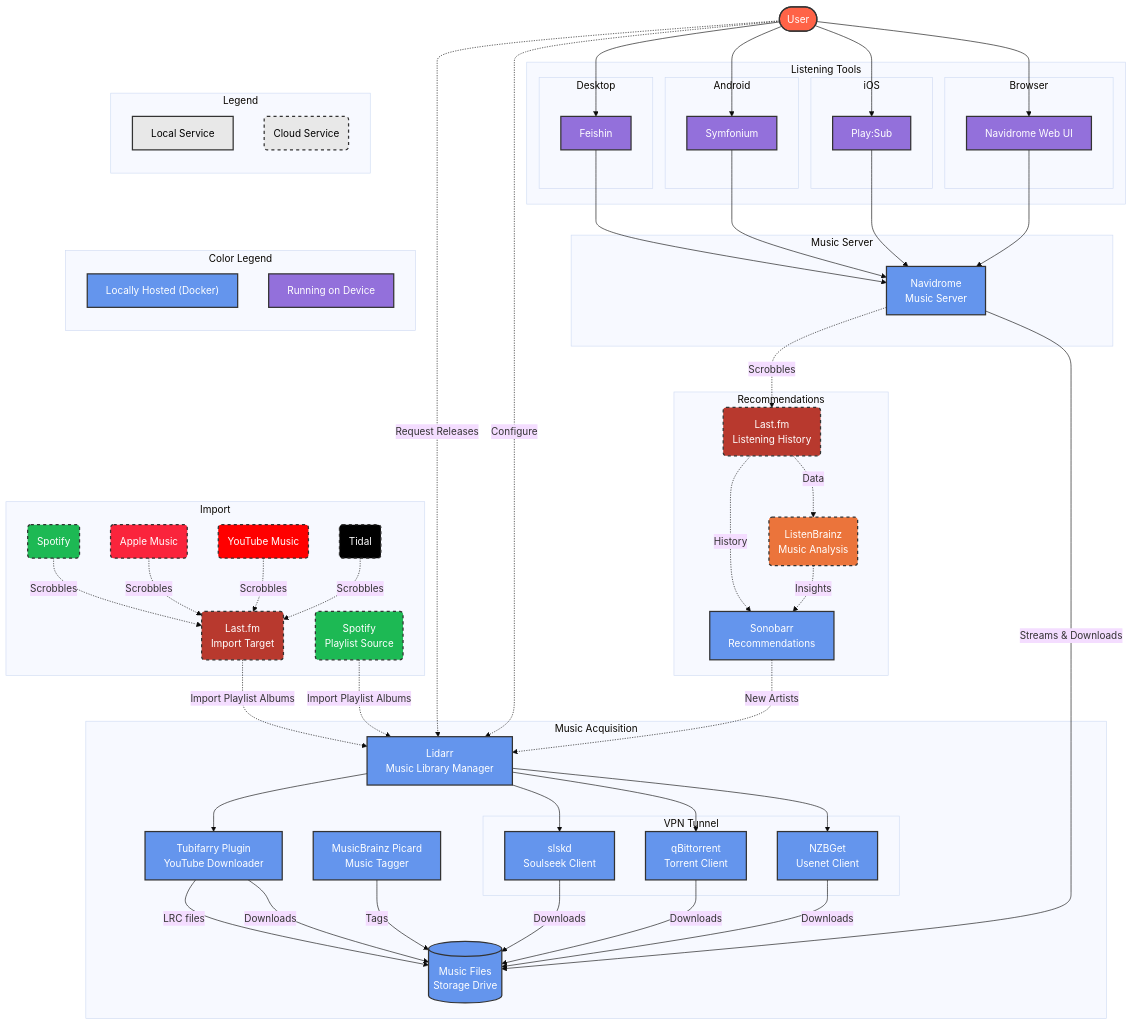
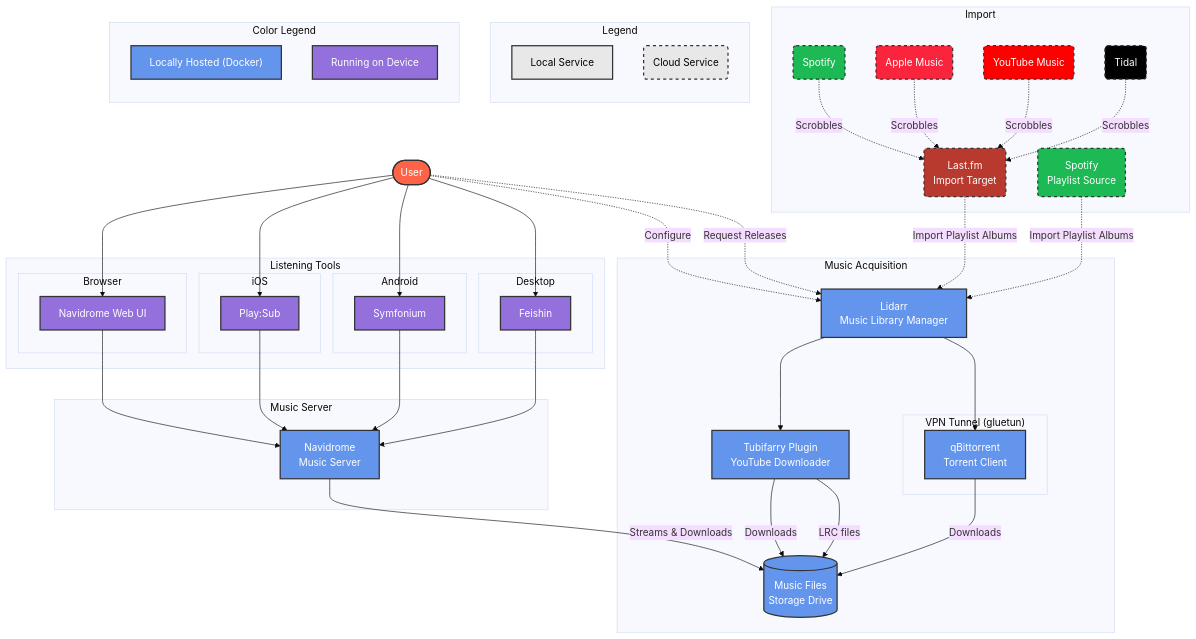
The second of 3 diagrams in README.md (minchingtonak/HaC), drawn with Mermaid (base theme) before and after one commit. The commit also changed other lines of this file, not shown here.

Commit message:
docs: add glossary and feature comparison of both music stack architectures

````diff
--- a/README.md
+++ b/README.md
@@ -287,19 +340,7 @@
 ```mermaid
 flowchart TB
-    %% Define User and Legend nodes
+    %% Define User node
     User(["User"])
-
-    subgraph Legend["Legend"]
-        direction TB
-        LocalExample["Local Service"]
-        CloudExample("Cloud Service")
-    end
-
-    subgraph ColorLegend["Color Legend"]
-        direction TB
-        LegendDocker["Locally Hosted (Docker)"]
-        LegendDevice["Running on Device"]
-    end
 
     %% Define subgraphs
     subgraph subGraph3["Listening Tools"]
@@ -321,24 +362,6 @@
         Navidrome["Navidrome<br/>Music Server"]
     end
 
-    subgraph subGraph0["Music Acquisition"]
-        Picard["MusicBrainz Picard<br/>Music Tagger"]
-        subgraph VPN["VPN Tunnel"]
-            nzbget["NZBGet<br/>Usenet Client"]
-            qbittorrent["qBittorrent<br/>Torrent Client"]
-            slskd["slskd<br/>Soulseek Client"]
-        end
-        MusicFiles[("Music Files<br/>Storage Drive")]
-        tubifarry["Tubifarry Plugin<br/>YouTube Downloader"]
-        Lidarr["Lidarr<br/>Music Library Manager"]
-    end
-
-    subgraph subGraph2["Recommendations"]
-        LastFM("Last.fm<br/>Listening History")
-        ListenBrainz("ListenBrainz<br/>Music Analysis")
-        Sonobarr["Sonobarr<br/>Recommendations"]
-    end
-
     subgraph subGraph4["Import"]
         LastFMImport("Last.fm<br/>Import Target")
         SpotifyImport("Spotify")
@@ -348,9 +371,26 @@
         SpotifyPlaylist("Spotify<br/>Playlist Source")
     end
 
-    %% Invisible connection to position Legend to the right of User
-    User ~~~ Legend
-    Legend ~~~ ColorLegend
+    subgraph subGraph0["Music Acquisition"]
+        subgraph VPN["VPN Tunnel (gluetun)"]
+            qbittorrent["qBittorrent<br/>Torrent Client"]
+        end
+        MusicFiles[("Music Files<br/>Storage Drive")]
+        tubifarry["Tubifarry Plugin<br/>YouTube Downloader"]
+        Lidarr["Lidarr<br/>Music Library Manager"]
+    end
+
+    subgraph Legend["Legend"]
+        direction TB
+        LocalExample["Local Service"]
+        CloudExample("Cloud Service")
+    end
+
+    subgraph ColorLegend["Color Legend"]
+        direction TB
+        LegendDocker["Locally Hosted (Docker)"]
+        LegendDevice["Running on Device"]
+    end
 
     %% Connections - User to Access Methods
     User --> WebUI
@@ -370,23 +410,11 @@
     Navidrome -->|Streams & Downloads| MusicFiles
 
     %% Connections - Acquisition Flow
-    Picard -->|Tags| MusicFiles
     tubifarry -->|Downloads| MusicFiles
     tubifarry -->|LRC files| MusicFiles
-    nzbget -->|Downloads| MusicFiles
     qbittorrent -->|Downloads| MusicFiles
-    slskd -->|Downloads| MusicFiles
-    Lidarr --> nzbget
     Lidarr --> qbittorrent
-    Lidarr --> slskd
     Lidarr --> tubifarry
-
-    %% Connections - External Services
-    Navidrome -.->|Scrobbles| LastFM
-    LastFM -.->|Data| ListenBrainz
-    LastFM -.->|History| Sonobarr
-    ListenBrainz -.->|Insights| Sonobarr
-    Sonobarr -.->|New Artists| Lidarr
 
     %% Connections - Import Services
     SpotifyImport -.->|Scrobbles| LastFMImport
@@ -404,7 +432,6 @@
     %% Styling - Cloud services (dashed border, rounded shape)
     classDef externalCloud fill:#3CB371,stroke:#333,stroke-width:2px,stroke-dasharray: 5 5,color:white
     classDef lastfmCloud fill:#B8392E,stroke:#333,stroke-width:2px,stroke-dasharray: 5 5,color:white
-    classDef listenbrainzCloud fill:#EB743B,stroke:#333,stroke-width:2px,stroke-dasharray: 5 5,color:white
     classDef spotifyCloud fill:#1DB954,stroke:#333,stroke-width:2px,stroke-dasharray: 5 5,color:white
     classDef appleMusicCloud fill:#FA243C,stroke:#333,stroke-width:2px,stroke-dasharray: 5 5,color:white
     classDef youtubeMusicCloud fill:#FF0000,stroke:#333,stroke-width:2px,stroke-dasharray: 5 5,color:white
@@ -418,10 +445,8 @@
     classDef legendDeviceStyle fill:#9370DB,stroke:#333,stroke-width:2px,color:white
     classDef legendBrandStyle fill:#3CB371,stroke:#333,stroke-width:2px,stroke-dasharray: 5 5,color:white
 
-    class Lidarr,nzbget,qbittorrent,slskd,tubifarry,Picard,MusicFiles,Sonobarr acquisitionLocal
+    class Lidarr,qbittorrent,tubifarry,MusicFiles acquisitionLocal
     class Navidrome serverLocal
-    class LastFM lastfmCloud
-    class ListenBrainz listenbrainzCloud
     class LastFMImport lastfmCloud
     class SpotifyImport spotifyCloud
     class SpotifyPlaylist spotifyCloud
````
